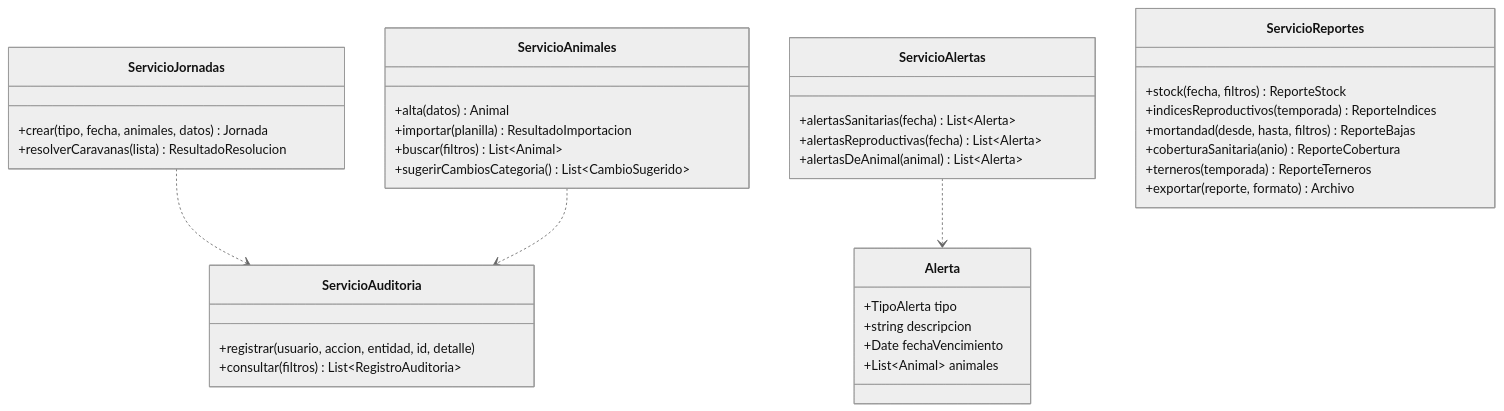
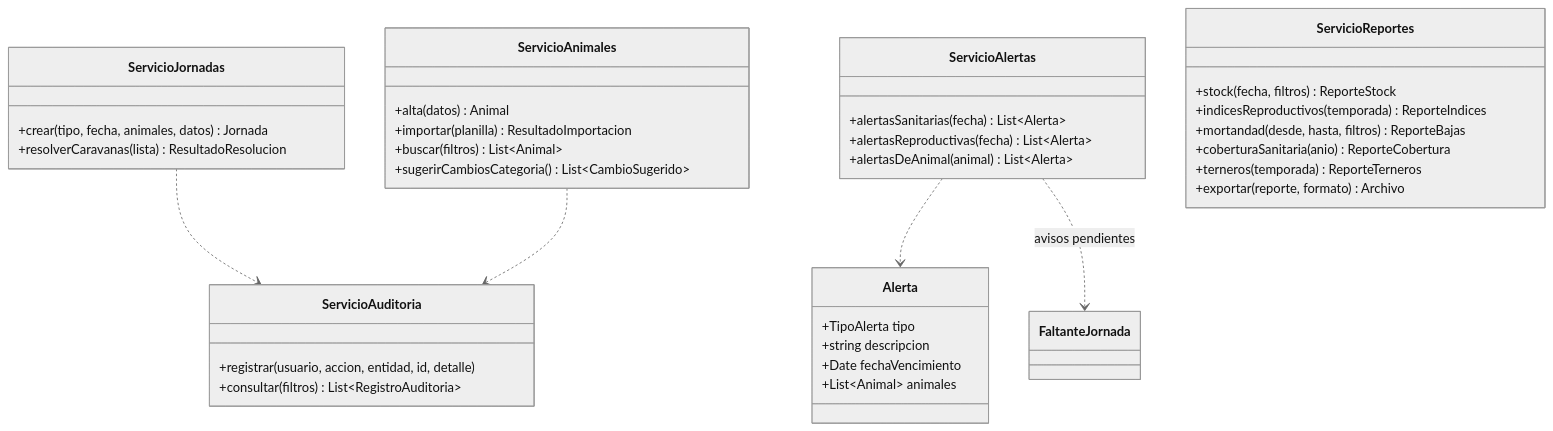
The second of 2 diagrams in docs/07-modelado/diagrama-de-clases.md (Francisco9djul/Mi-Hacienda-Digital), drawn with Mermaid (neutral theme) before and after one commit. The commit also changed other lines of this file and 16 other files, not shown here.

````diff
--- a/docs/07-modelado/diagrama-de-clases.md
+++ b/docs/07-modelado/diagrama-de-clases.md
@@ -284,39 +297,40 @@
 ```mermaid
 classDiagram
     class ServicioAnimales {
         +alta(datos) Animal
         +importar(planilla) ResultadoImportacion
         +buscar(filtros) List~Animal~
         +sugerirCambiosCategoria() List~CambioSugerido~
     }
     class ServicioJornadas {
         +crear(tipo, fecha, animales, datos) Jornada
         +resolverCaravanas(lista) ResultadoResolucion
     }
     class ServicioAlertas {
         +alertasSanitarias(fecha) List~Alerta~
         +alertasReproductivas(fecha) List~Alerta~
         +alertasDeAnimal(animal) List~Alerta~
     }
     class ServicioReportes {
         +stock(fecha, filtros) ReporteStock
         +indicesReproductivos(temporada) ReporteIndices
         +mortandad(desde, hasta, filtros) ReporteBajas
         +coberturaSanitaria(anio) ReporteCobertura
         +terneros(temporada) ReporteTerneros
         +exportar(reporte, formato) Archivo
     }
     class ServicioAuditoria {
         +registrar(usuario, accion, entidad, id, detalle)
         +consultar(filtros) List~RegistroAuditoria~
     }
     class Alerta {
         +TipoAlerta tipo
         +string descripcion
         +Date fechaVencimiento
         +List~Animal~ animales
     }
     ServicioAlertas ..> Alerta
+    ServicioAlertas ..> FaltanteJornada : avisos pendientes
     ServicioJornadas ..> ServicioAuditoria
     ServicioAnimales ..> ServicioAuditoria
 ```
````
